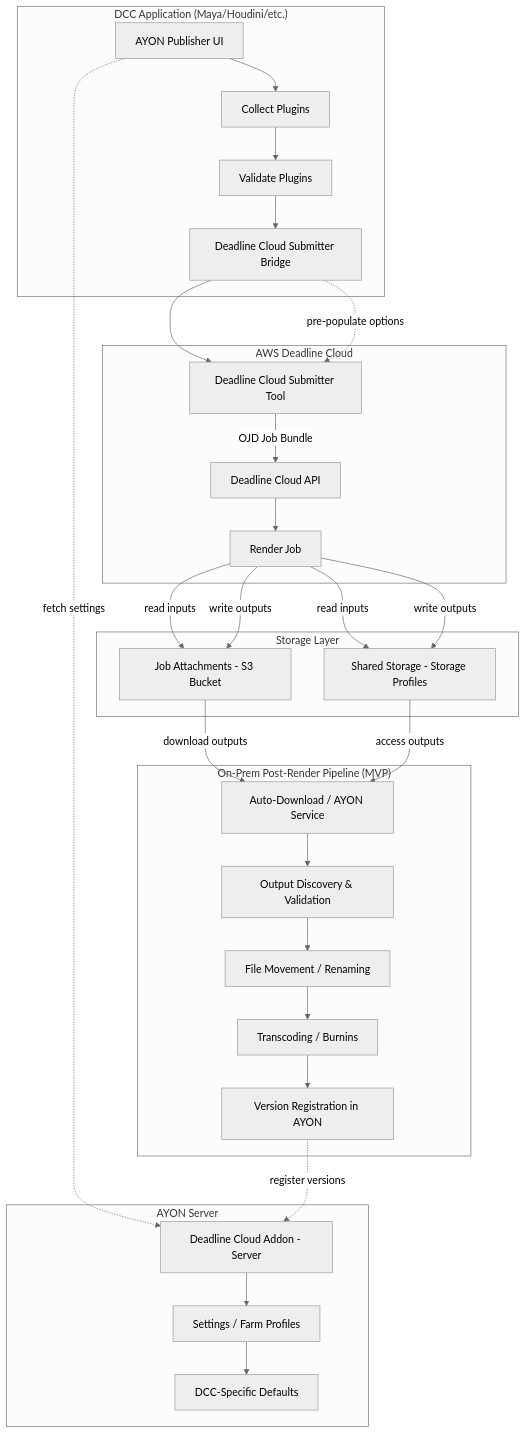
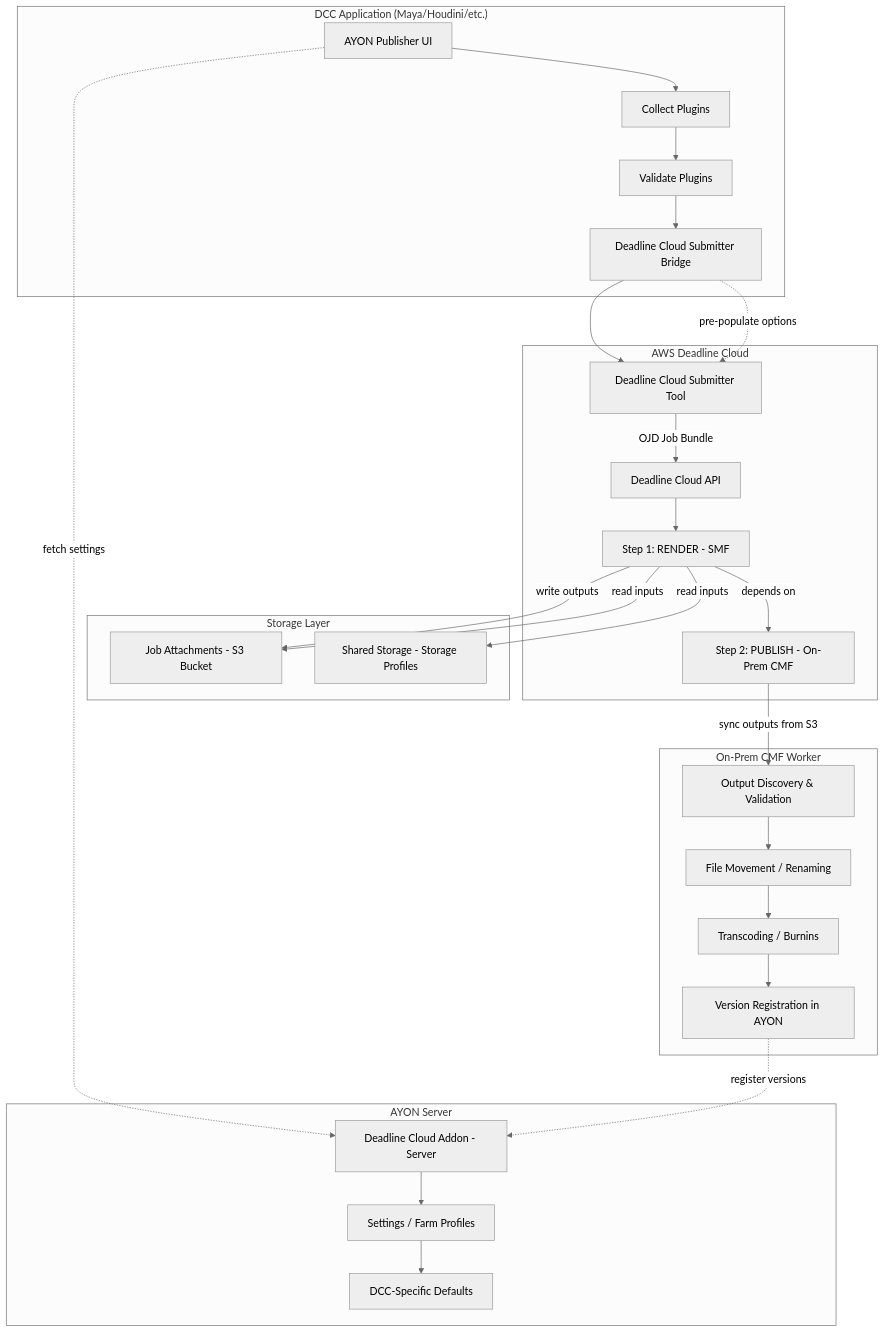
Before and after one commit to leon-li-inspire/ayon-deadline-cloud: the first of 3 diagrams in .kiro/specs/deadline-cloud-integration/design.md, drawn with Mermaid (neutral theme). The commit also changed other lines of this file, not shown here.

First line of the commit message:
design: hybrid SMF + on-prem CMF post-render architecture

````diff
--- a/.kiro/specs/deadline-cloud-integration/design.md
+++ b/.kiro/specs/deadline-cloud-integration/design.md
@@ -28,41 +28,39 @@
 ```mermaid
 graph TD
     subgraph "DCC Application (Maya/Houdini/etc.)"
         A[AYON Publisher UI] --> B[Collect Plugins]
         B --> C[Validate Plugins]
         C --> D[Deadline Cloud Submitter Bridge]
     end
 
     subgraph "AYON Server"
         E[Deadline Cloud Addon - Server] --> F[Settings / Farm Profiles]
         F --> G[DCC-Specific Defaults]
     end
 
     subgraph "Storage Layer"
         S1[Job Attachments - S3 Bucket]
         S2[Shared Storage - Storage Profiles]
     end
 
     subgraph "AWS Deadline Cloud"
         D --> H[Deadline Cloud Submitter Tool]
         H -->|OJD Job Bundle| I[Deadline Cloud API]
-        I --> J[Render Job]
+        I --> J[Step 1: RENDER - SMF]
+        J -->|write outputs| S1
+        J -->|depends on| K[Step 2: PUBLISH - On-Prem CMF]
     end
 
-    subgraph "On-Prem Post-Render Pipeline (MVP)"
-        P1[Auto-Download / AYON Service] --> P2[Output Discovery & Validation]
-        P2 --> P3[File Movement / Renaming]
-        P3 --> P4[Transcoding / Burnins]
-        P4 --> P5[Version Registration in AYON]
+    subgraph "On-Prem CMF Worker"
+        K -->|sync outputs from S3| L[Output Discovery & Validation]
+        L --> M[File Movement / Renaming]
+        M --> N[Transcoding / Burnins]
+        N --> O[Version Registration in AYON]
     end
 
     A -.->|fetch settings| E
     D -.->|pre-populate options| H
     J -->|read inputs| S1
     J -->|read inputs| S2
-    J -->|write outputs| S1
-    J -->|write outputs| S2
-    S1 -->|download outputs| P1
-    S2 -->|access outputs| P1
-    P5 -.->|register versions| E
+    O -.->|register versions| E
 ```
````
